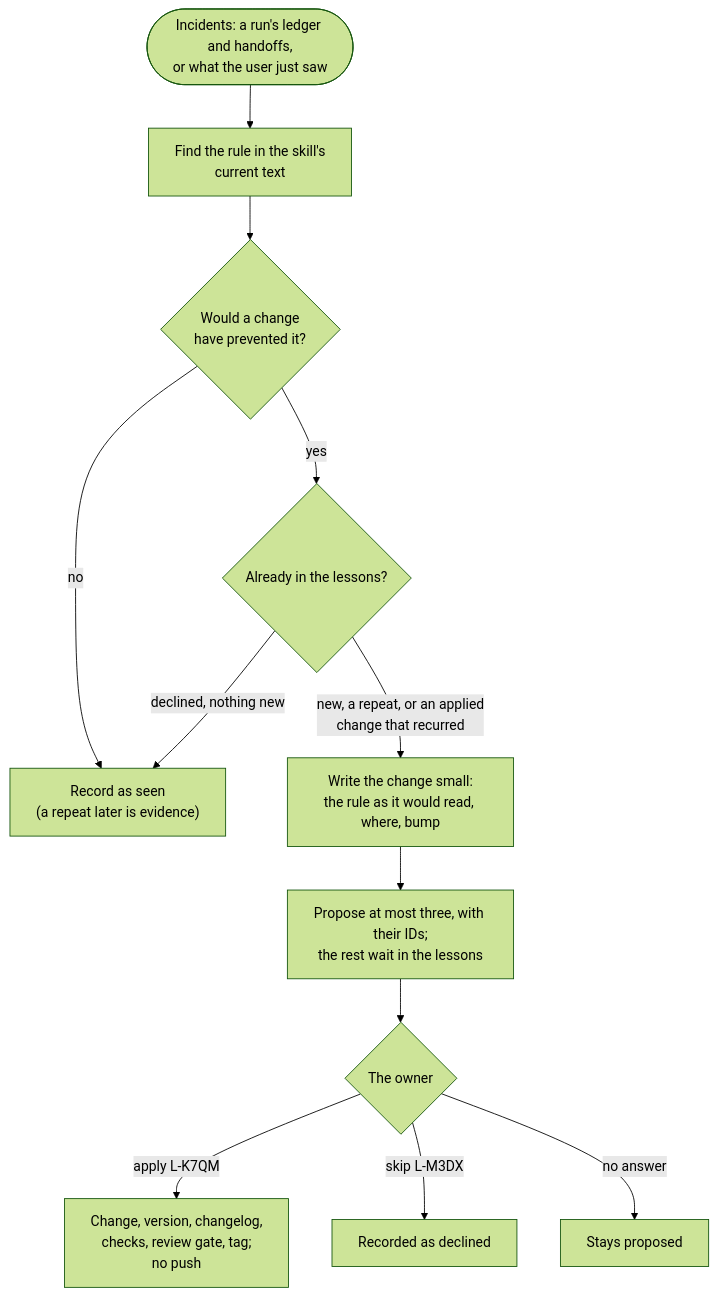
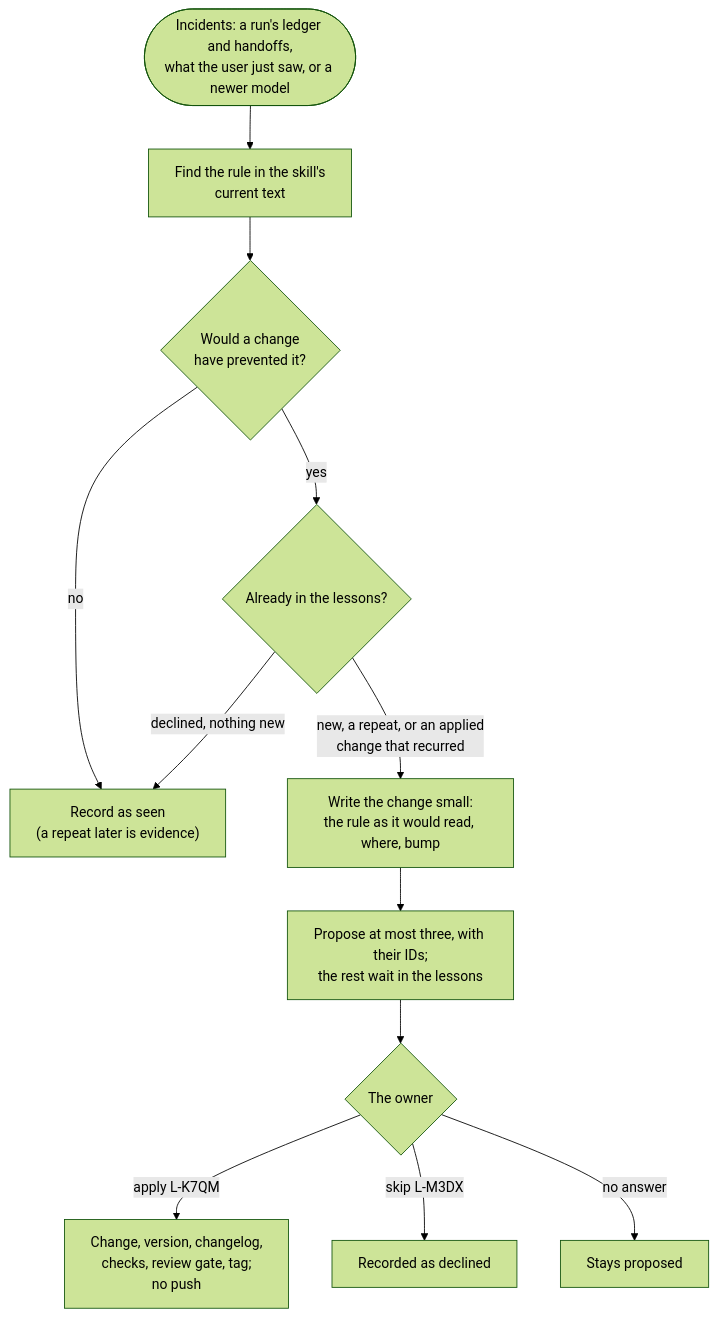
Before and after one commit to kristianbonnici/agent-skills: the diagram in docs/skills/skill-evolution/README.md, drawn with Mermaid (forest theme). The commit also changed other lines of this file and 3 other files, not shown here.

Commit message:
feat(skill-evolution): 1.2.0, a newer model generation is a source of proposals: rules that patch an older model's weakness are proposed for removal or softening

````diff
--- a/docs/skills/skill-evolution/README.md
+++ b/docs/skills/skill-evolution/README.md
@@ -13,14 +13,14 @@
 ```mermaid
 flowchart TD
-  src(["Incidents: a run's ledger and handoffs,<br/>or what the user just saw"]) --> rule["Find the rule in the skill's<br/>current text"]
+  src(["Incidents: a run's ledger and handoffs,<br/>what the user just saw, or a newer model"]) --> rule["Find the rule in the skill's<br/>current text"]
   rule --> help{Would a change<br/>have prevented it?}
   help -->|no| seen["Record as seen<br/>(a repeat later is evidence)"]
   help -->|yes| past{Already in the lessons?}
   past -->|"declined, nothing new"| seen
   past -->|"new, a repeat, or an applied<br/>change that recurred"| prop["Write the change small:<br/>the rule as it would read, where, bump"]
   prop --> top["Propose at most three, with their IDs;<br/>the rest wait in the lessons"]
   top --> owner{The owner}
   owner -->|"apply L-K7QM"| apply["Change, version, changelog,<br/>checks, review gate, tag;<br/>no push"]
   owner -->|"skip L-M3DX"| declined["Recorded as declined"]
   owner -->|no answer| wait["Stays proposed"]
 ```
````
